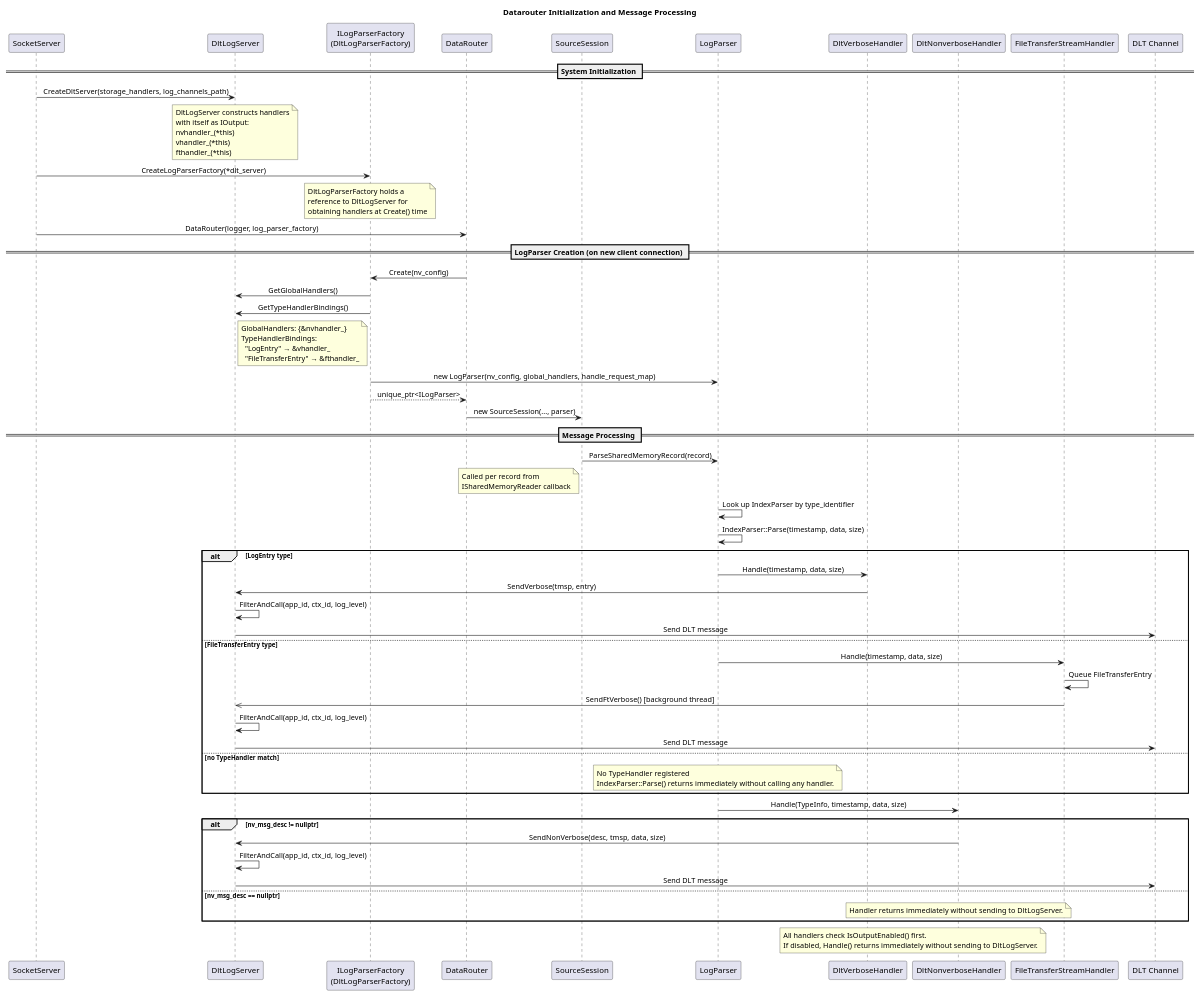
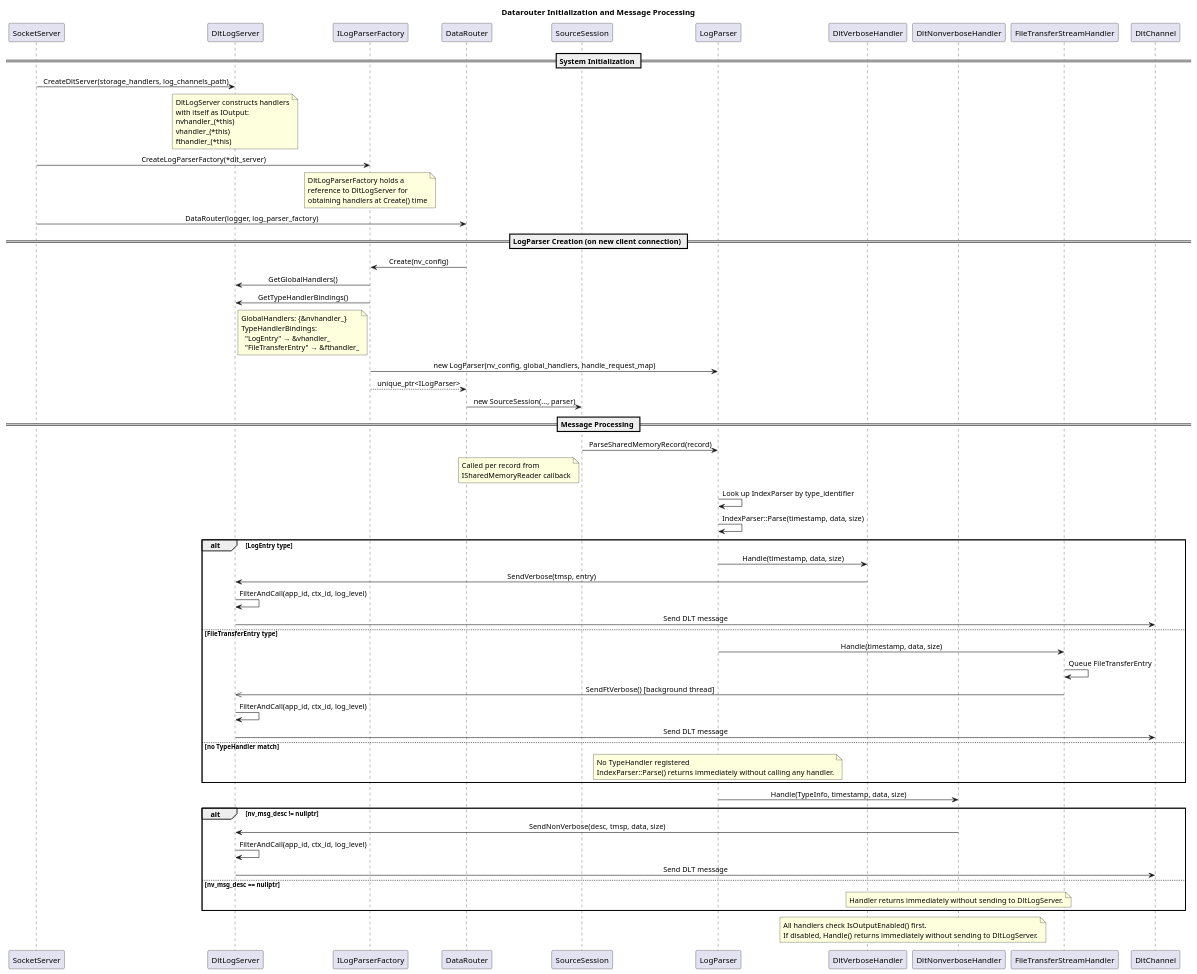
The diagram in score/datarouter/doc/design/uml/datarouter_initialization_processing_sequence.puml (eclipse-score/logging), drawn with PlantUML before and after one commit. The commit also changed 1 other file, not shown here.

Commit message:
docs: use plain participant names in syslog sequence
score_tooling 3.x needs plain identifiers, so _:X_ becomes X.

```diff
--- a/score/datarouter/doc/design/uml/datarouter_initialization_processing_sequence.puml
+++ b/score/datarouter/doc/design/uml/datarouter_initialization_processing_sequence.puml
@@ -14,103 +14,103 @@
 @startuml datarouter_initialization_processing_sequence
 title Datarouter Initialization and Message Processing
 
 skinparam sequenceMessageAlign center
 skinparam responseMessageBelowArrow true
 
 participant "SocketServer" as SS
 participant "DltLogServer" as DLS
-participant "ILogParserFactory\n(DltLogParserFactory)" as ILPF
+participant "ILogParserFactory" as ILPF
 participant "DataRouter" as DR
 participant "SourceSession" as SRC
 participant "LogParser" as LP
 participant "DltVerboseHandler" as VH
 participant "DltNonverboseHandler" as NH
 participant "FileTransferStreamHandler" as FTH
-participant "DLT Channel" as CH
+participant "DltChannel" as CH
 
 == System Initialization ==
 
 SS -> DLS : CreateDltServer(storage_handlers, log_channels_path)
 
 note over DLS
   DltLogServer constructs handlers
   with itself as IOutput:
   nvhandler_(*this)
   vhandler_(*this)
   fthandler_(*this)
 end note
 
 SS -> ILPF : CreateLogParserFactory(*dlt_server)
 
 note over ILPF
   DltLogParserFactory holds a
   reference to DltLogServer for
   obtaining handlers at Create() time
 end note
 
 SS -> DR : DataRouter(logger, log_parser_factory)
 
 == LogParser Creation (on new client connection) ==
 
 DR -> ILPF : Create(nv_config)
 ILPF -> DLS : GetGlobalHandlers()
 ILPF -> DLS : GetTypeHandlerBindings()
 
 note right of DLS
   GlobalHandlers: {&nvhandler_}
   TypeHandlerBindings:
     "LogEntry" → &vhandler_
     "FileTransferEntry" → &fthandler_
 end note
 
 ILPF -> LP : new LogParser(nv_config, global_handlers, handle_request_map)
 ILPF --> DR : unique_ptr<ILogParser>
 DR -> SRC : new SourceSession(..., parser)
 
 == Message Processing ==
 
 SRC -> LP : ParseSharedMemoryRecord(record)
 note left of SRC
   Called per record from
   ISharedMemoryReader callback
 end note
 
 LP -> LP : Look up IndexParser by type_identifier
 LP -> LP : IndexParser::Parse(timestamp, data, size)
 
 alt LogEntry type
   LP -> VH : Handle(timestamp, data, size)
   VH -> DLS : SendVerbose(tmsp, entry)
   DLS -> DLS : FilterAndCall(app_id, ctx_id, log_level)
   DLS -> CH : Send DLT message
 else FileTransferEntry type
   LP -> FTH : Handle(timestamp, data, size)
   FTH -> FTH : Queue FileTransferEntry
   FTH ->> DLS : SendFtVerbose() [background thread]
   DLS -> DLS : FilterAndCall(app_id, ctx_id, log_level)
   DLS -> CH : Send DLT message
 else no TypeHandler match
   note over LP
     No TypeHandler registered
     IndexParser::Parse() returns immediately without calling any handler.
   end note
 end
 
 LP -> NH : Handle(TypeInfo, timestamp, data, size)
 
 alt nv_msg_desc != nullptr
   NH -> DLS : SendNonVerbose(desc, tmsp, data, size)
   DLS -> DLS : FilterAndCall(app_id, ctx_id, log_level)
   DLS -> CH : Send DLT message
 else nv_msg_desc == nullptr
   note over NH
     Handler returns immediately without sending to DltLogServer.
   end note
 end
 
 note over VH, NH
   All handlers check IsOutputEnabled() first.
   If disabled, Handle() returns immediately without sending to DltLogServer.
 end note
 
 @enduml
```
